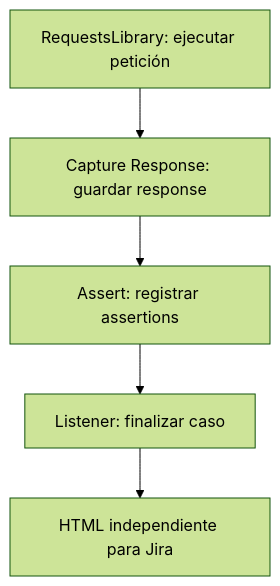
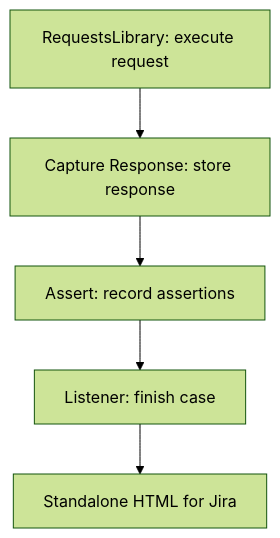
One commit to angel-valdezzz/robotframework-request-reporter changed the diagram in docs/en/index.md. Above: the diagram before and after it, drawn with Mermaid (forest theme). The commit also changed other lines of this file and 34 other files, not shown here.

````diff
--- a/docs/en/index.md
+++ b/docs/en/index.md
@@ -31,7 +38,7 @@
 ```mermaid
 flowchart TD
-    A[RequestsLibrary: ejecutar petición] --> B[Capture Response: guardar response]
-    B --> C[Assert: registrar assertions]
-    C --> D[Listener: finalizar caso]
-    D --> E[HTML independiente para Jira]
+    A[RequestsLibrary: execute request] --> B[Capture Response: store response]
+    B --> C[Assert: record assertions]
+    C --> D[Listener: finish case]
+    D --> E[Standalone HTML for Jira]
 ```
````
